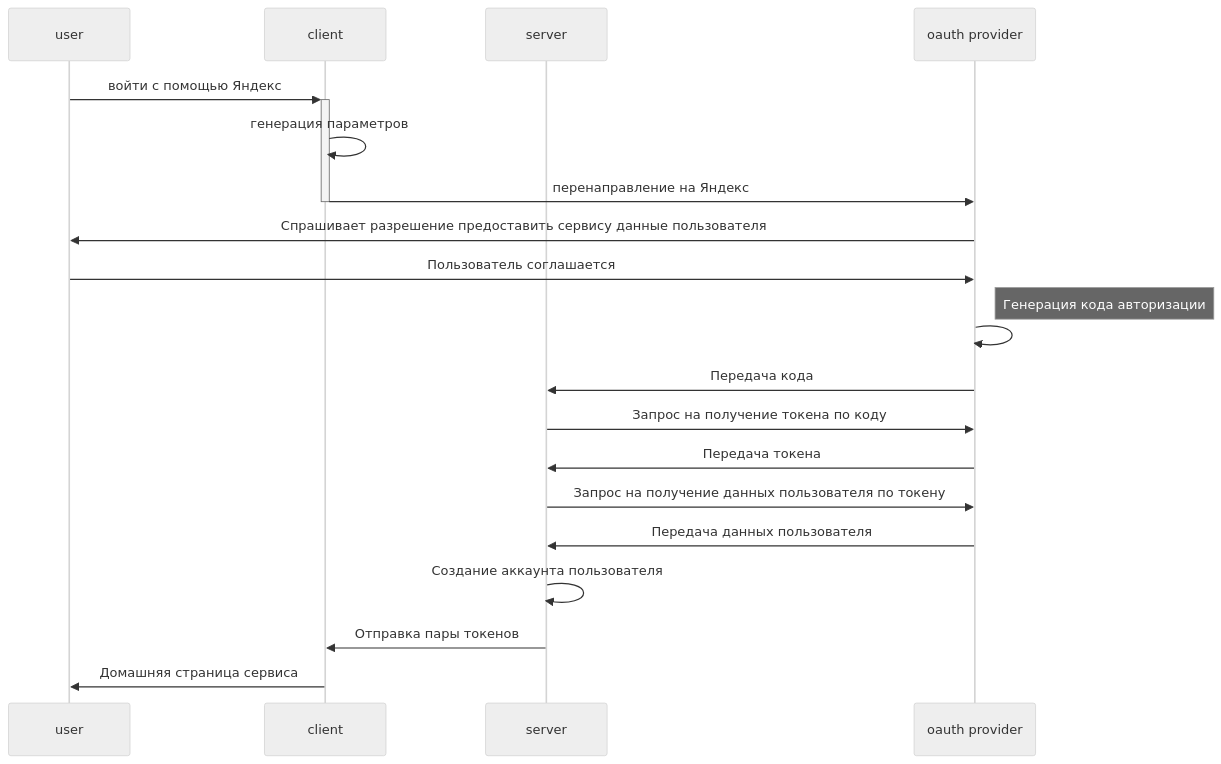
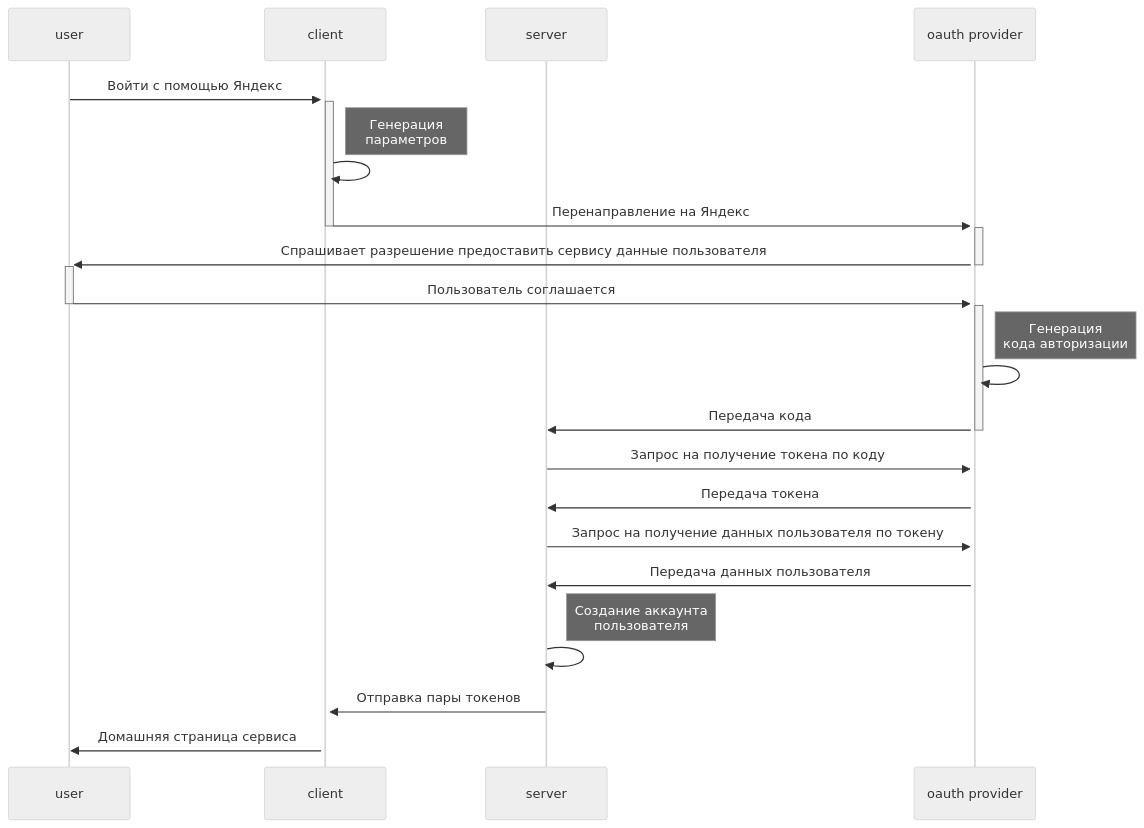
One commit to Artyom099/auth-service changed the diagram in README.md. Above: the diagram before and after it, drawn with Mermaid (neutral theme).

Commit message:
refactor(docs): enhance Yandex OAuth sequence diagram with activation notes and improved clarity

````diff
--- a/README.md
+++ b/README.md
@@ -23,26 +23,37 @@
 ```mermaid
 sequenceDiagram
   participant user
   participant client
   participant server
   participant oauth provider
   
-  user->>+client: войти с помощью Яндекс
-  client->>client: генерация параметров
-  client->>-oauth provider: перенаправление на Яндекс
-  oauth provider->>user: Спрашивает разрешение предоставить сервису данные пользователя
-  user->>oauth provider: Пользователь соглашается
+  user->>+client: Войти с помощью Яндекс
+  activate client
+  Note right of client: Генерация<br>параметров
+  client->>client: 
   
-  Note right of oauth provider: Генерация кода авторизации
+  activate oauth provider
+  client->>+oauth provider: Перенаправление на Яндекс
+  deactivate client
+  oauth provider->>+user: Спрашивает разрешение предоставить сервису данные пользователя
+  deactivate oauth provider
+  
+  user->>-oauth provider: Пользователь соглашается
+  
+  activate oauth provider
+  Note right of oauth provider: Генерация<br>кода авторизации
   oauth provider->>oauth provider: 
   
   oauth provider->>server: Передача кода
+  deactivate oauth provider
+  
   server->>oauth provider: Запрос на получение токена по коду
   oauth provider->>server: Передача токена
   server->>oauth provider: Запрос на получение данных пользователя по токену
   oauth provider->>server: Передача данных пользователя
 
-  server->>server: Создание аккаунта пользователя
+  Note right of server: Создание аккаунта<br>пользователя
+  server->>server: 
   server->>client: Отправка пары токенов
   client->>user: Домашняя страница сервиса
 ```
````
